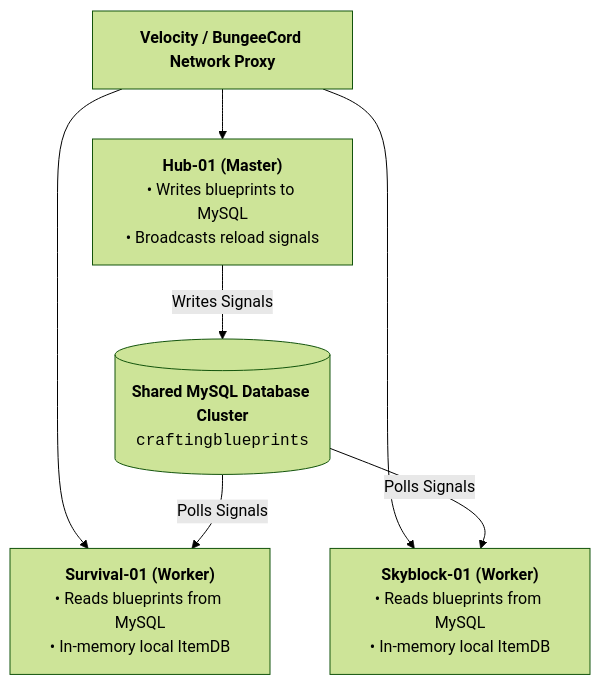
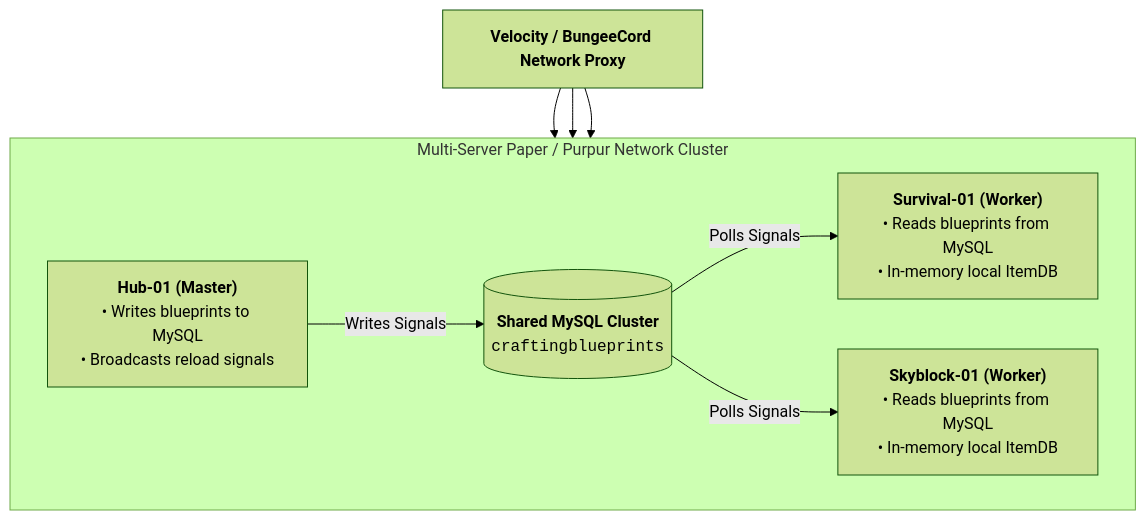
Before and after one commit to XZtotal/CraftingBlueprints-Wiki: the diagram in docs/operations/tutorials/network-cluster.md, drawn with Mermaid (forest theme). The commit also changed 15 other files, not shown here.

Commit message:
style(docs): center diagrams, widen linear flows, reduce font size, and set table padding to 0.5rem

````diff
--- a/docs/operations/tutorials/network-cluster.md
+++ b/docs/operations/tutorials/network-cluster.md
@@ -9,13 +9,20 @@
 ```mermaid
 flowchart TD
     Proxy["<b>Velocity / BungeeCord Network Proxy</b>"]
-    Hub["<b>Hub-01 (Master)</b><br/>• Writes blueprints to MySQL<br/>• Broadcasts reload signals"]
-    Surv["<b>Survival-01 (Worker)</b><br/>• Reads blueprints from MySQL<br/>• In-memory local ItemDB"]
-    Sky["<b>Skyblock-01 (Worker)</b><br/>• Reads blueprints from MySQL<br/>• In-memory local ItemDB"]
-    DB[("<b>Shared MySQL Database Cluster</b><br/><code>craftingblueprints</code>")]
 
-    Proxy --> Hub & Surv & Sky
-    Hub -->|Writes Signals| DB
-    DB -->|Polls Signals| Surv
-    DB -->|Polls Signals| Sky
+    subgraph Cluster["Multi-Server Paper / Purpur Network Cluster"]
+        direction LR
+        Hub["<b>Hub-01 (Master)</b><br/>• Writes blueprints to MySQL<br/>• Broadcasts reload signals"]
+        DB[("<b>Shared MySQL Cluster</b><br/><code>craftingblueprints</code>")]
+        Surv["<b>Survival-01 (Worker)</b><br/>• Reads blueprints from MySQL<br/>• In-memory local ItemDB"]
+        Sky["<b>Skyblock-01 (Worker)</b><br/>• Reads blueprints from MySQL<br/>• In-memory local ItemDB"]
+
+        Hub -->|Writes Signals| DB
+        DB -->|Polls Signals| Surv
+        DB -->|Polls Signals| Sky
+    end
+
+    Proxy --> Hub
+    Proxy --> Surv
+    Proxy --> Sky
 ```
````
